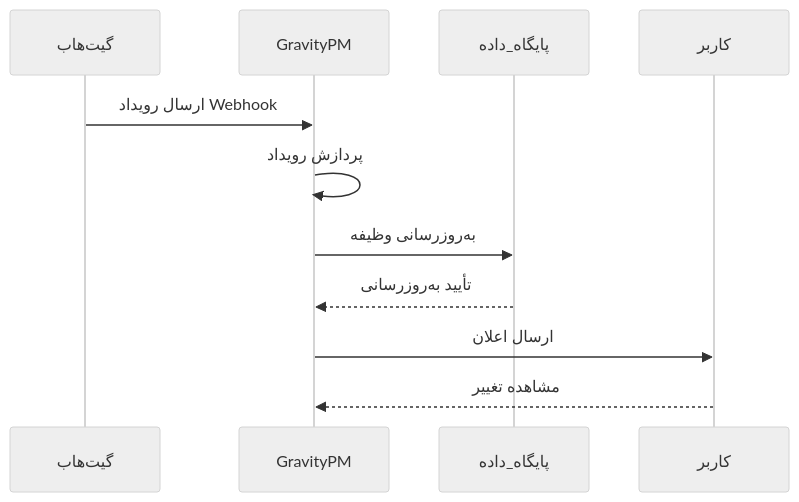
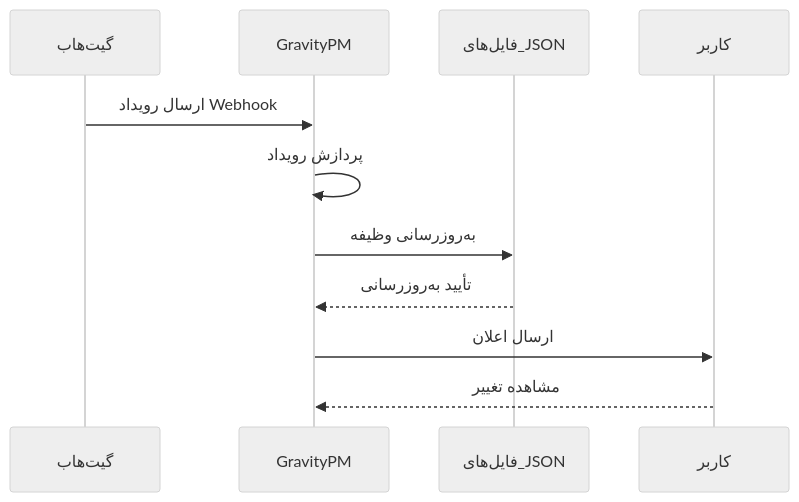
Diagram 14 of 18 in Docs/Architecture_doc.md (Shakour-Data/GravityManagement), drawn with Mermaid (neutral theme) before and after one commit. The commit also changed other lines of this file and 2 other files, not shown here.

Commit message:
`Updated Architecture and Process documentation with new features and improvements`

````diff
--- a/Docs/Architecture_doc.md
+++ b/Docs/Architecture_doc.md
@@ -633,14 +807,14 @@
 ```mermaid
 sequenceDiagram
     participant گیت‌هاب
     participant GravityPM
-    participant پایگاه_داده
+    participant فایل‌های_JSON
     participant کاربر
-    
+
     گیت‌هاب->>GravityPM: ارسال رویداد Webhook
     GravityPM->>GravityPM: پردازش رویداد
-    GravityPM->>پایگاه_داده: به‌روزرسانی وظیفه
-    پایگاه_داده-->>GravityPM: تأیید به‌روزرسانی
+    GravityPM->>فایل‌های_JSON: به‌روزرسانی وظیفه
+    فایل‌های_JSON-->>GravityPM: تأیید به‌روزرسانی
     GravityPM->>کاربر: ارسال اعلان
     کاربر-->>GravityPM: مشاهده تغییر
 ```
````
